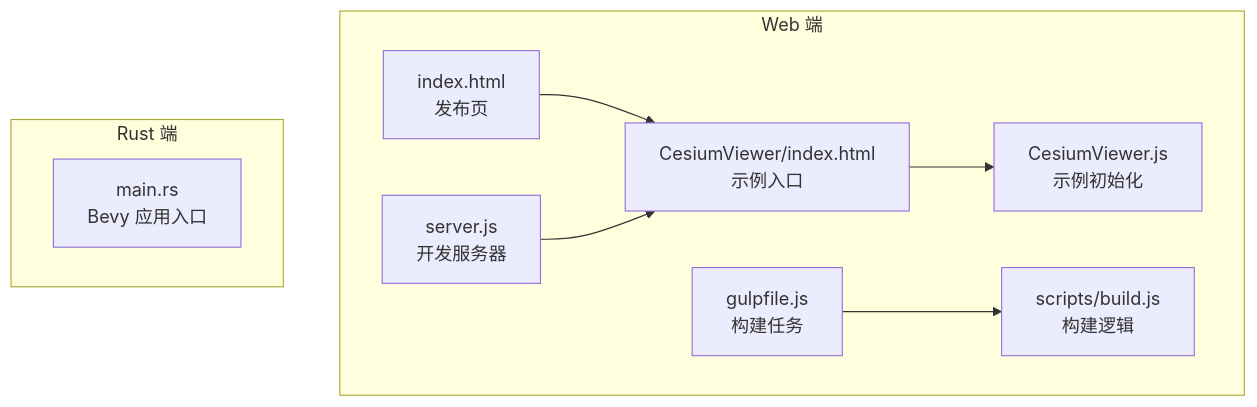
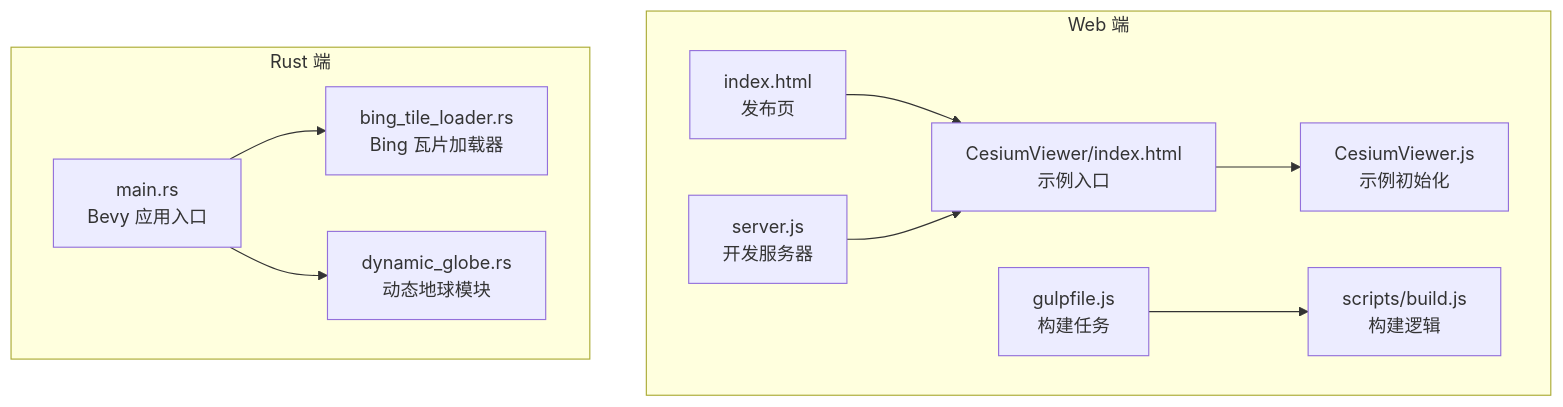
Before and after one commit to rzhangjing/cesium: the first of 5 diagrams in .qoder/repowiki/zh/content/项目概述/项目介绍/应用程序主入口.md, drawn with Mermaid. The commit also changed other lines of this file and 164 other files, not shown here.

````diff
--- a/.qoder/repowiki/zh/content/项目概述/项目介绍/应用程序主入口.md
+++ b/.qoder/repowiki/zh/content/项目概述/项目介绍/应用程序主入口.md
@@ -39,12 +50,14 @@
 ```mermaid
 graph TB
 subgraph "Web 端"
 A["index.html<br/>发布页"] --> B["CesiumViewer/index.html<br/>示例入口"]
 B --> C["CesiumViewer.js<br/>示例初始化"]
 D["server.js<br/>开发服务器"] --> B
 E["gulpfile.js<br/>构建任务"] --> F["scripts/build.js<br/>构建逻辑"]
 end
 subgraph "Rust 端"
 R["main.rs<br/>Bevy 应用入口"]
+R --> R1["bing_tile_loader.rs<br/>Bing 瓦片加载器"]
+R --> R2["dynamic_globe.rs<br/>动态地球模块"]
 end
 ```
````
